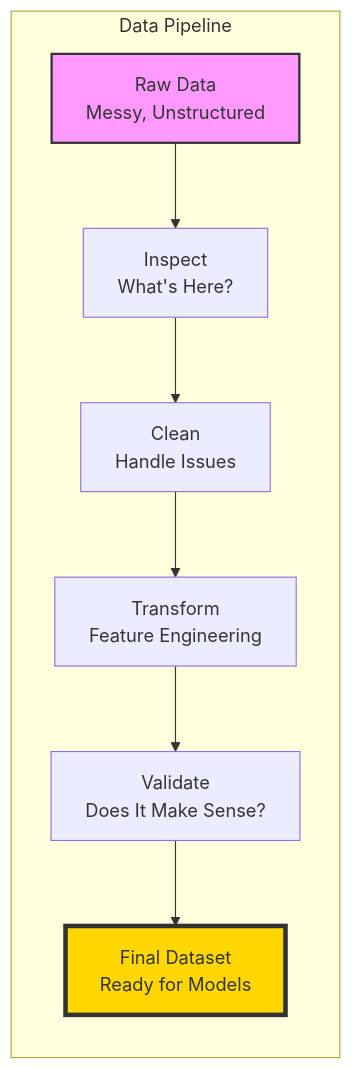
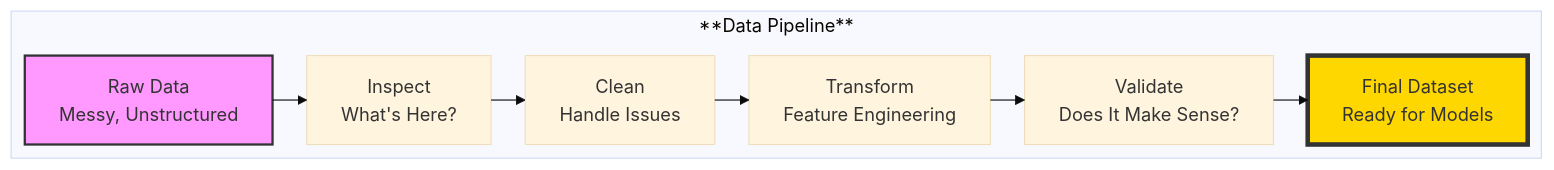
Before and after one commit to Vineet-Sharma-Medium-Stories/Medium-Build-Tool: the second of 2 diagrams in The 2026 AI Metromap/The 2026 AI Metromap: Data Cleaning & Visualization – Turning Raw Data into Tracks.md, drawn with Mermaid. The commit also changed other lines of this file and 37 other files, not shown here.

````diff
--- a/The 2026 AI Metromap/The 2026 AI Metromap: Data Cleaning & Visualization – Turning Raw Data into Tracks.md
+++ b/The 2026 AI Metromap/The 2026 AI Metromap: Data Cleaning & Visualization – Turning Raw Data into Tracks.md
@@ -93,13 +98,18 @@
 ```mermaid
+---
+config:
+  theme: base
+  layout: elk
+---
 graph LR
-    subgraph "Data Pipeline"
+    subgraph "**Data Pipeline**"
         R[Raw Data<br/>Messy, Unstructured] --> I[Inspect<br/>What's Here?]
         I --> C[Clean<br/>Handle Issues]
         C --> T[Transform<br/>Feature Engineering]
         T --> V[Validate<br/>Does It Make Sense?]
         V --> F[Final Dataset<br/>Ready for Models]
     end
     
     style R fill:#f9f,stroke:#333,stroke-width:2px
     style F fill:#ffd700,stroke:#333,stroke-width:4px
 ```
````
